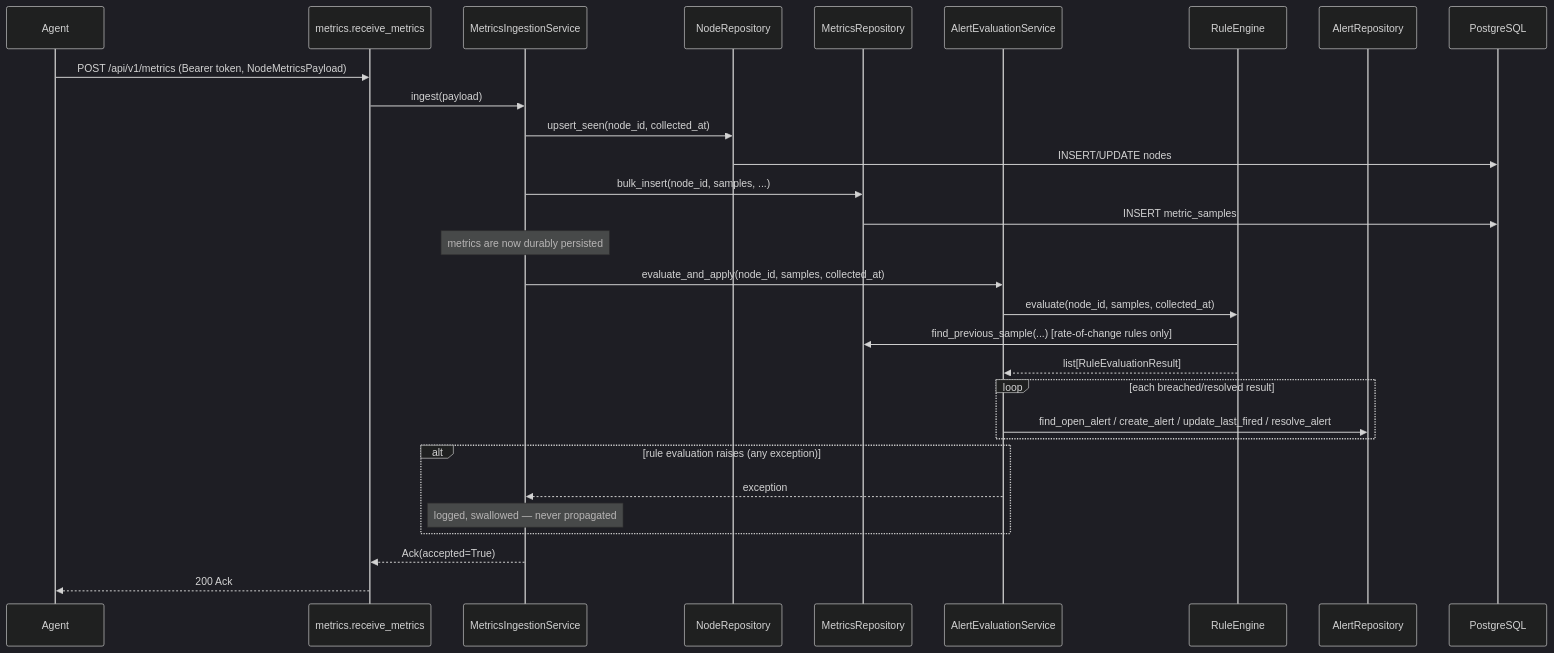
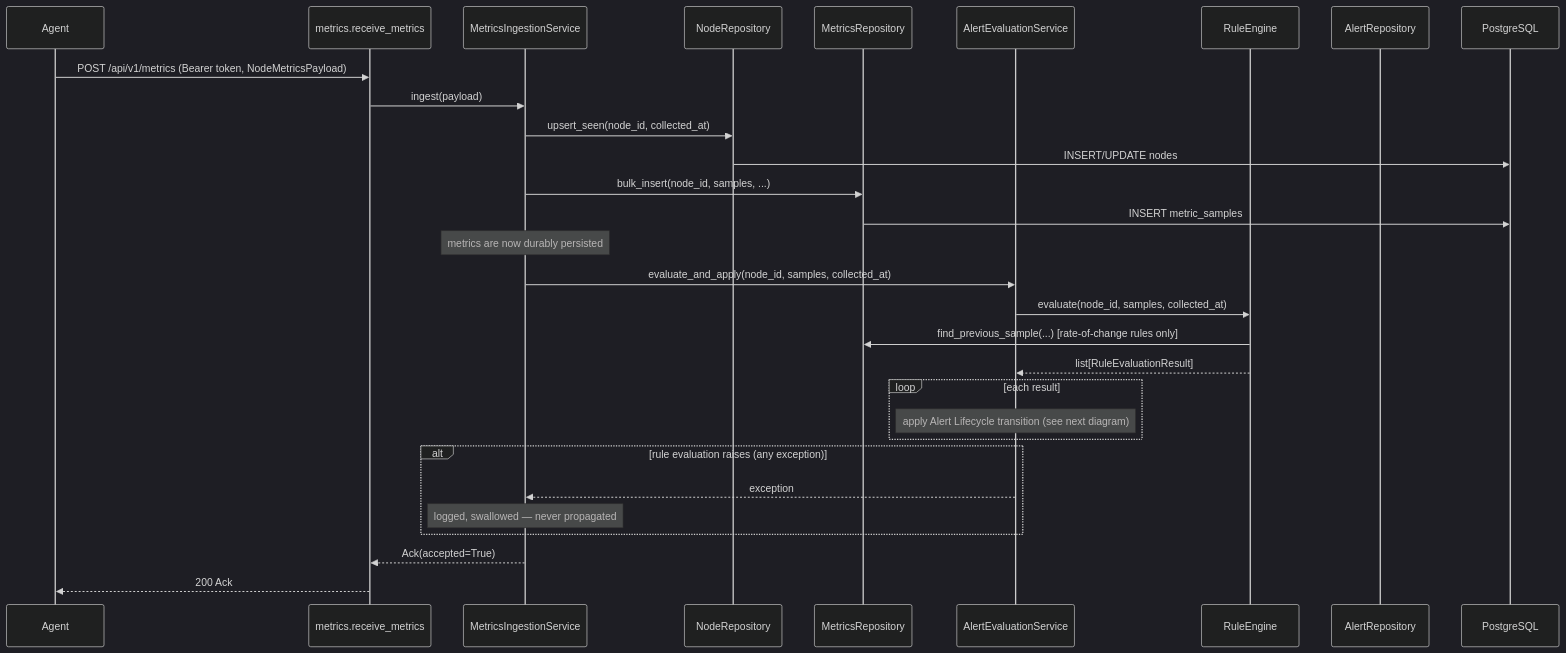
The second of 4 diagrams in collector/architecture.md (jayasati/ClusterPulse), drawn with Mermaid (dark theme) before and after one commit. The commit also changed other lines of this file and 33 other files, not shown here.

````diff
--- a/collector/architecture.md
+++ b/collector/architecture.md
@@ -115,33 +140,33 @@
 ```mermaid
 sequenceDiagram
     participant Agent
     participant Route as metrics.receive_metrics
     participant Svc as MetricsIngestionService
     participant NodeRepo as NodeRepository
     participant MetricsRepo as MetricsRepository
     participant AlertSvc as AlertEvaluationService
     participant RuleEng as RuleEngine
     participant AlertRepo as AlertRepository
     participant DB as PostgreSQL
 
     Agent->>Route: POST /api/v1/metrics (Bearer token, NodeMetricsPayload)
     Route->>Svc: ingest(payload)
     Svc->>NodeRepo: upsert_seen(node_id, collected_at)
     NodeRepo->>DB: INSERT/UPDATE nodes
     Svc->>MetricsRepo: bulk_insert(node_id, samples, ...)
     MetricsRepo->>DB: INSERT metric_samples
     Note over Svc: metrics are now durably persisted
     Svc->>AlertSvc: evaluate_and_apply(node_id, samples, collected_at)
     AlertSvc->>RuleEng: evaluate(node_id, samples, collected_at)
     RuleEng->>MetricsRepo: find_previous_sample(...) [rate-of-change rules only]
     RuleEng-->>AlertSvc: list[RuleEvaluationResult]
-    loop each breached/resolved result
-        AlertSvc->>AlertRepo: find_open_alert / create_alert / update_last_fired / resolve_alert
+    loop each result
+        Note over AlertSvc: apply Alert Lifecycle transition (see next diagram)
     end
     alt rule evaluation raises (any exception)
         AlertSvc-->>Svc: exception
         Note over Svc: logged, swallowed — never propagated
     end
     Svc-->>Route: Ack(accepted=True)
     Route-->>Agent: 200 Ack
 ```
````
